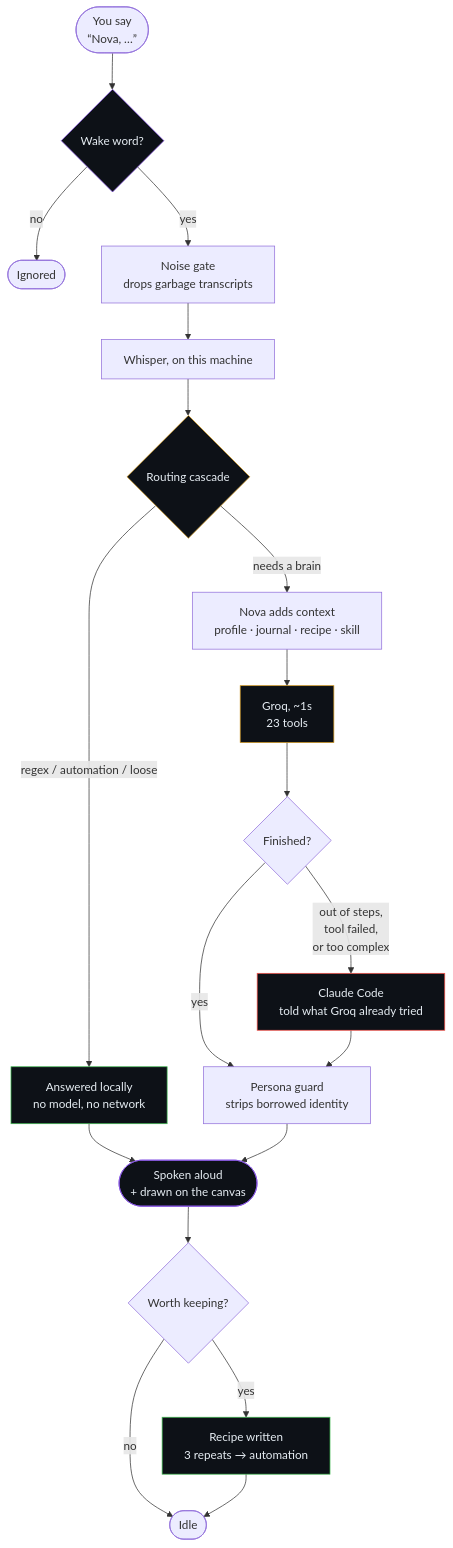
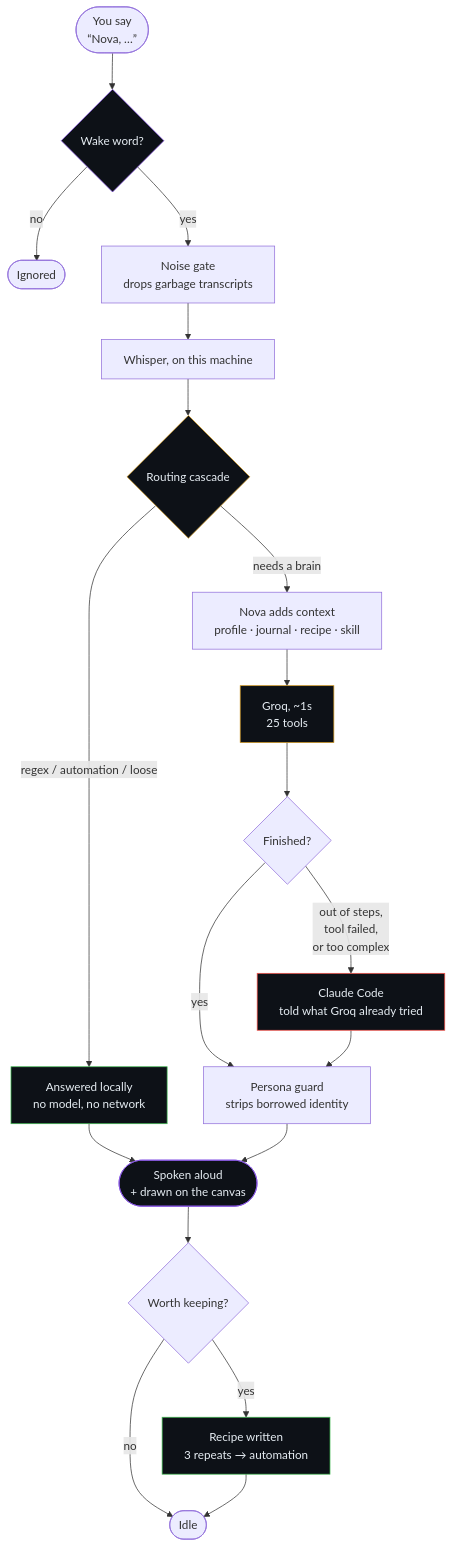
Before and after one commit to unexperiencedone/assistant-: the second of 6 diagrams in README.md, drawn with Mermaid. The commit also changed other lines of this file and 1 other file, not shown here.

````diff
--- a/README.md
+++ b/README.md
@@ -91,32 +91,32 @@
 ```mermaid
 flowchart TD
     W([You say<br/>“Nova, …”]) --> WAKE{Wake word?}
     WAKE -->|no| DROP([Ignored])
     WAKE -->|yes| GATE[Noise gate<br/>drops garbage transcripts]
     GATE --> STT[Whisper, on this machine]
     STT --> CASCADE{Routing cascade}
 
     CASCADE -->|regex / automation / loose| LOCAL[Answered locally<br/>no model, no network]
     CASCADE -->|needs a brain| PRE[Nova adds context<br/>profile · journal · recipe · skill]
 
-    PRE --> GROQ[Groq, ~1s<br/>23 tools]
+    PRE --> GROQ[Groq, ~1s<br/>25 tools]
     GROQ --> ASK{Finished?}
     ASK -->|yes| GUARD
     ASK -->|out of steps,<br/>tool failed,<br/>or too complex| CLA[Claude Code<br/>told what Groq already tried]
     CLA --> GUARD[Persona guard<br/>strips borrowed identity]
 
     LOCAL --> SPEAK
     GUARD --> SPEAK([Spoken aloud<br/>+ drawn on the canvas])
     SPEAK --> LEARN{Worth keeping?}
     LEARN -->|yes| REC[Recipe written<br/>3 repeats → automation]
     LEARN -->|no| END([Idle])
     REC --> END
 
     style WAKE fill:#0d1117,stroke:#8957e5,color:#e6edf3
     style CASCADE fill:#0d1117,stroke:#d29922,color:#e6edf3
     style LOCAL fill:#0d1117,stroke:#3fb950,color:#e6edf3
     style GROQ fill:#0d1117,stroke:#d29922,color:#e6edf3
     style CLA fill:#0d1117,stroke:#f85149,color:#e6edf3
     style REC fill:#0d1117,stroke:#3fb950,color:#e6edf3
     style SPEAK fill:#0d1117,stroke:#8957e5,color:#e6edf3
 ```
````
